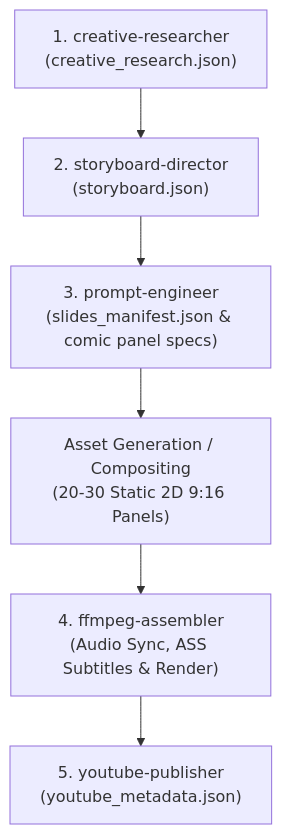
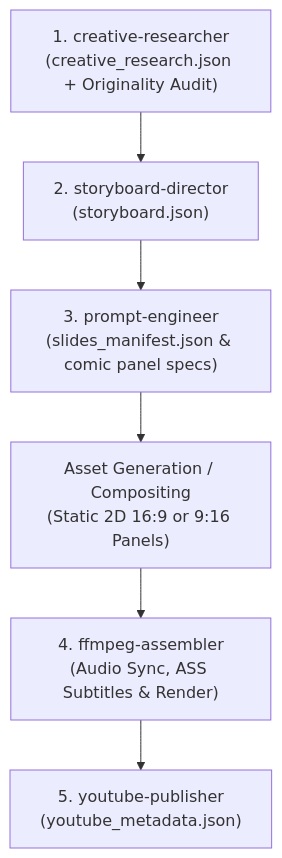
Before and after one commit to arnav-1124/stickman-video-director-v1: the diagram in .agents/rules/generation_workflow.md, drawn with Mermaid. The commit also changed other lines of this file and 42 other files, not shown here.

````diff
--- a/.agents/rules/generation_workflow.md
+++ b/.agents/rules/generation_workflow.md
@@ -6,8 +6,8 @@
 ```mermaid
 graph TD
-    A["1. creative-researcher<br/>(creative_research.json)"] --> B["2. storyboard-director<br/>(storyboard.json)"]
+    A["1. creative-researcher<br/>(creative_research.json + Originality Audit)"] --> B["2. storyboard-director<br/>(storyboard.json)"]
     B --> C["3. prompt-engineer<br/>(slides_manifest.json & comic panel specs)"]
-    C --> D["Asset Generation / Compositing<br/>(20-30 Static 2D 9:16 Panels)"]
+    C --> D["Asset Generation / Compositing<br/>(Static 2D 16:9 or 9:16 Panels)"]
     D --> E["4. ffmpeg-assembler<br/>(Audio Sync, ASS Subtitles & Render)"]
     E --> F["5. youtube-publisher<br/>(youtube_metadata.json)"]
 ```
````
